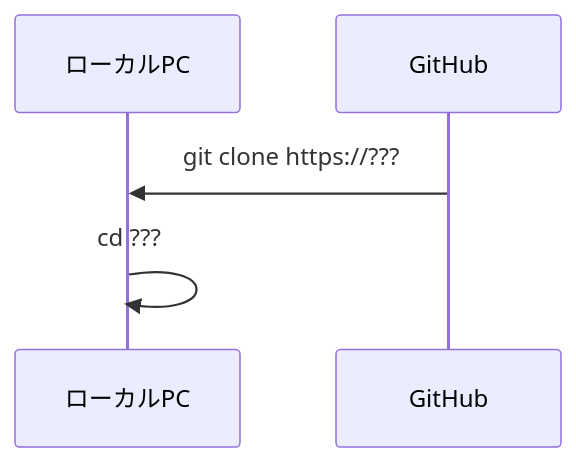
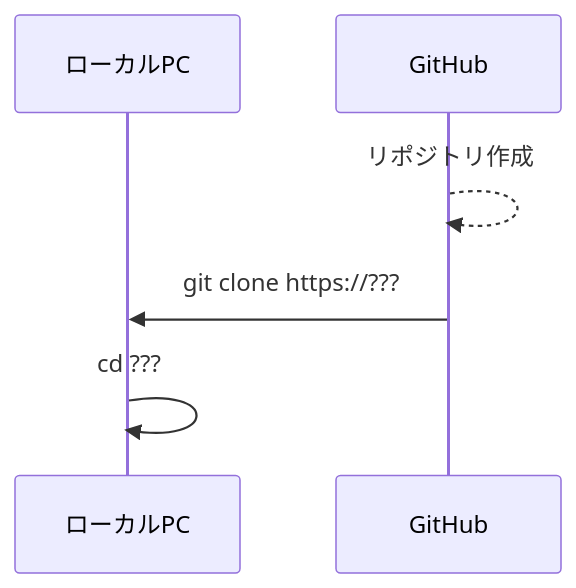
One commit to MasatoshiMizumoto/raisetech_documents changed the second of 11 diagrams in aws/docs/git_lecture.md. Above: the diagram before and after it, drawn with Mermaid. The commit also changed other lines of this file, not shown here.

````diff
--- a/aws/docs/git_lecture.md
+++ b/aws/docs/git_lecture.md
@@ -71,7 +77,8 @@
 ```mermaid
 sequenceDiagram
   participant A as ローカルPC
   participant B as GitHub
+  B-->>B: リポジトリ作成
   B->>A: git clone https://???
   A->>A: cd ???
 ```
````
